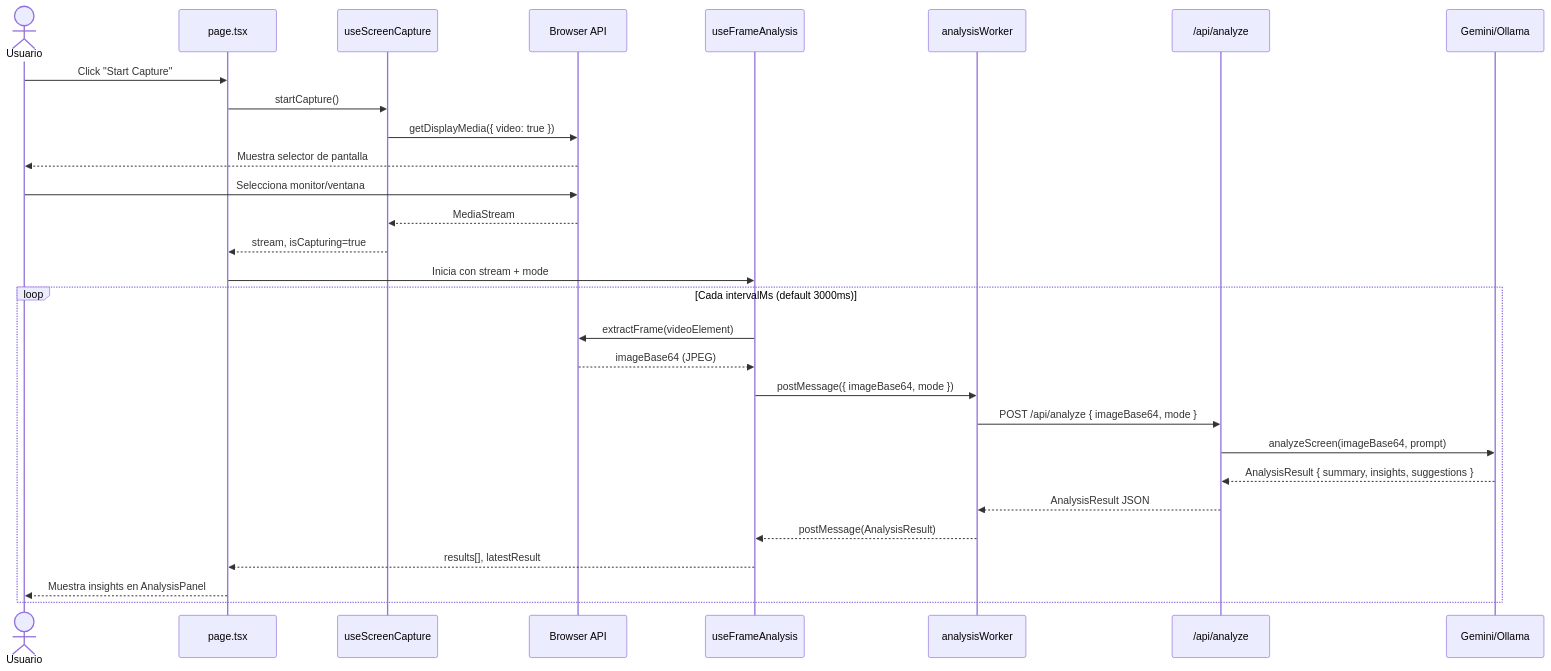
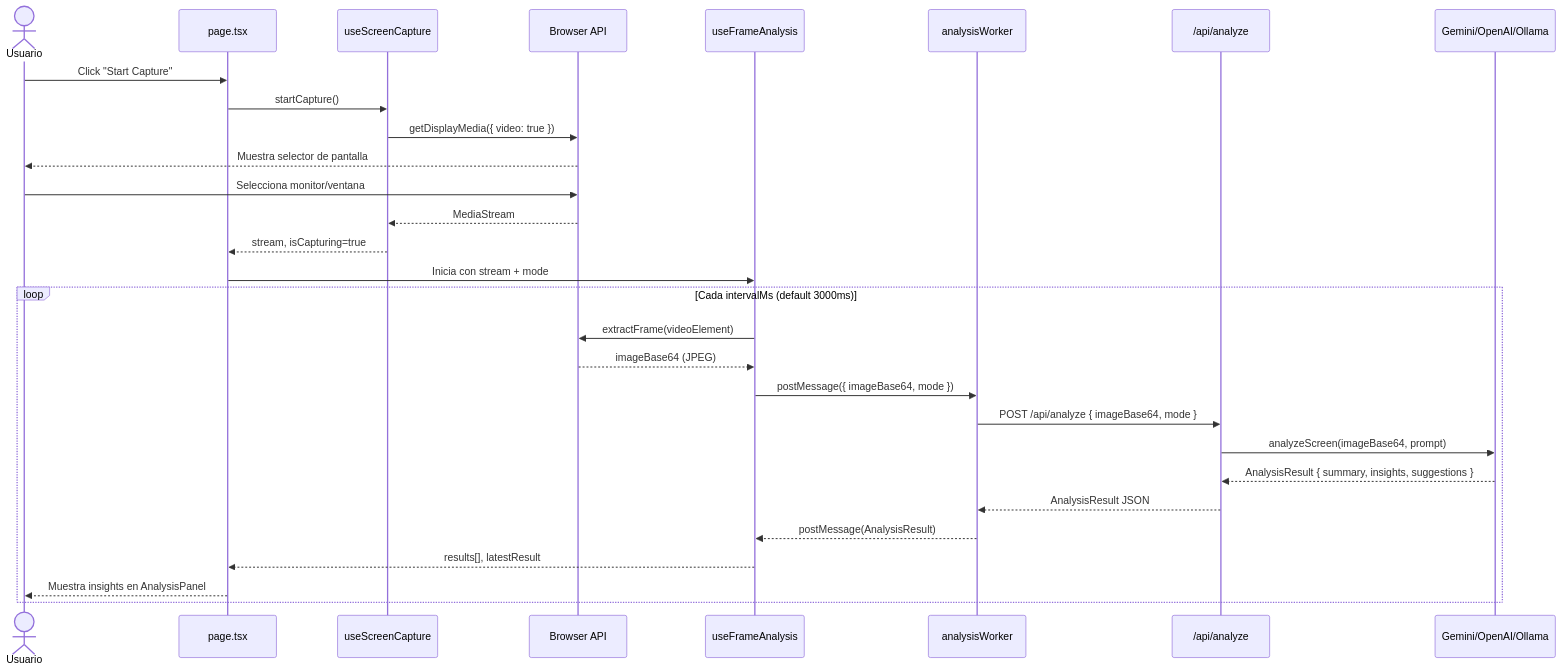
The first of 5 diagrams in docs/diagrams/DIAGRAMAS_SECUENCIA.md (Freddymhs/cerebrado), drawn with Mermaid before and after one commit. The commit also changed other lines of this file and 19 other files, not shown here.

````diff
--- a/docs/diagrams/DIAGRAMAS_SECUENCIA.md
+++ b/docs/diagrams/DIAGRAMAS_SECUENCIA.md
@@ -7,33 +7,33 @@
 ```mermaid
 sequenceDiagram
     actor Usuario
     participant UI as page.tsx
     participant Hook as useScreenCapture
     participant Browser as Browser API
     participant Analysis as useFrameAnalysis
     participant Worker as analysisWorker
     participant API as /api/analyze
-    participant AI as Gemini/Ollama
+    participant AI as Gemini/OpenAI/Ollama
 
     Usuario->>UI: Click "Start Capture"
     UI->>Hook: startCapture()
     Hook->>Browser: getDisplayMedia({ video: true })
     Browser-->>Usuario: Muestra selector de pantalla
     Usuario->>Browser: Selecciona monitor/ventana
     Browser-->>Hook: MediaStream
     Hook-->>UI: stream, isCapturing=true
     UI->>Analysis: Inicia con stream + mode
 
     loop Cada intervalMs (default 3000ms)
         Analysis->>Browser: extractFrame(videoElement)
         Browser-->>Analysis: imageBase64 (JPEG)
         Analysis->>Worker: postMessage({ imageBase64, mode })
         Worker->>API: POST /api/analyze { imageBase64, mode }
         API->>AI: analyzeScreen(imageBase64, prompt)
         AI-->>API: AnalysisResult { summary, insights, suggestions }
         API-->>Worker: AnalysisResult JSON
         Worker-->>Analysis: postMessage(AnalysisResult)
         Analysis-->>UI: results[], latestResult
         UI-->>Usuario: Muestra insights en AnalysisPanel
     end
 ```
````
